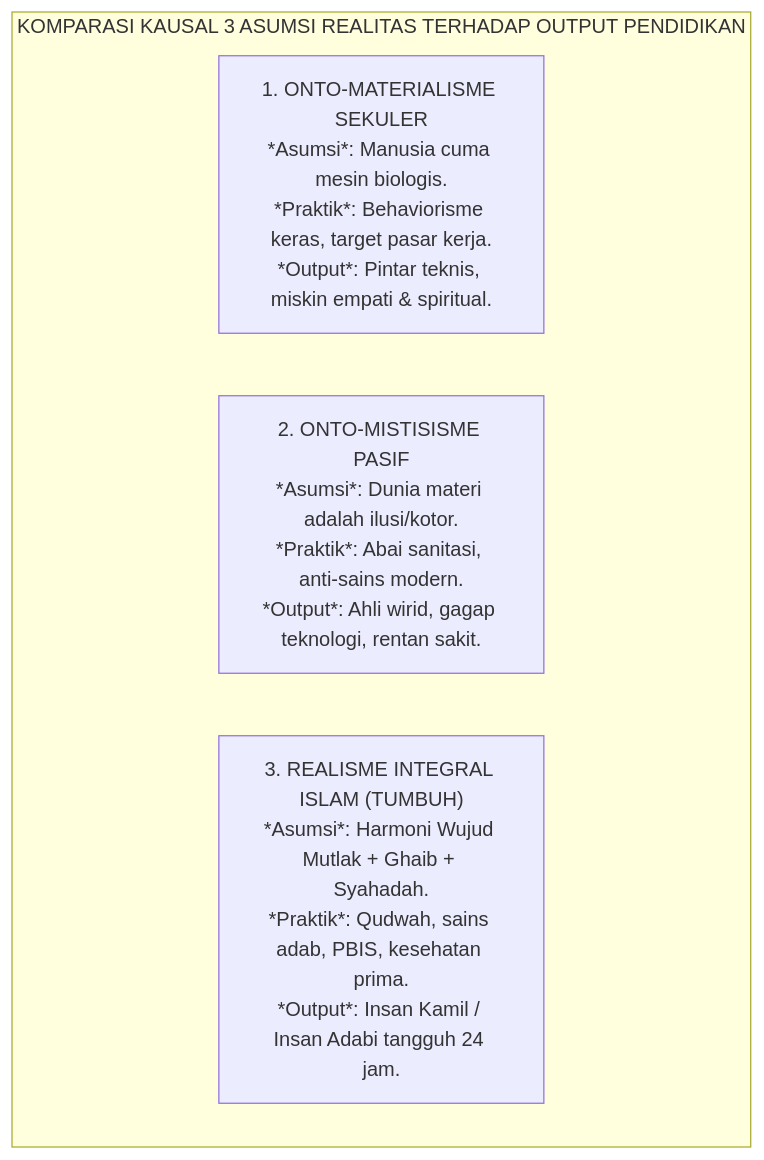
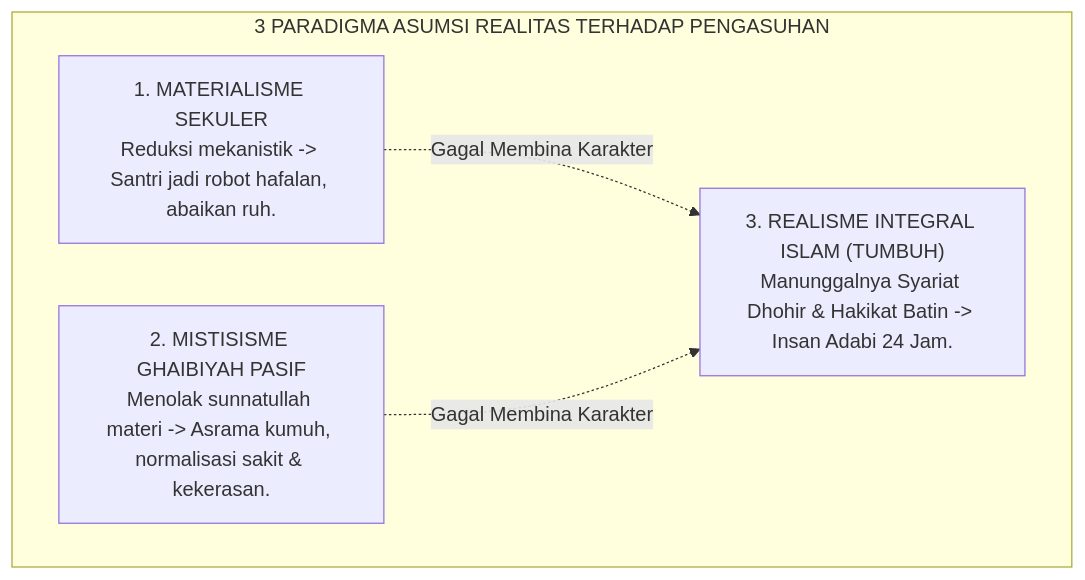
The third of 7 diagrams in 01 Philosophy/01 Worldview/P1-01-01-01-Kajian-Dialektika-Inkuiri-dan-Tanya-Jawab-Realitas.md (wandiapriliyandi/tumbuh), drawn with Mermaid before and after one commit. The commit also changed other lines of this file, not shown here.

````diff
--- a/01 Philosophy/01 Worldview/P1-01-01-01-Kajian-Dialektika-Inkuiri-dan-Tanya-Jawab-Realitas.md
+++ b/01 Philosophy/01 Worldview/P1-01-01-01-Kajian-Dialektika-Inkuiri-dan-Tanya-Jawab-Realitas.md
@@ -88,8 +97,10 @@
 ```mermaid
 graph TD
-    subgraph KomparasiParadigma["KOMPARASI KAUSAL 3 ASUMSI REALITAS TERHADAP OUTPUT PENDIDIKAN"]
-        P1["1. ONTO-MATERIALISME SEKULER<br/>*Asumsi*: Manusia cuma mesin biologis.<br/>*Praktik*: Behaviorisme keras, target pasar kerja.<br/>*Output*: Pintar teknis, miskin empati & spiritual."]
-        P2["2. ONTO-MISTISISME PASIF<br/>*Asumsi*: Dunia materi adalah ilusi/kotor.<br/>*Praktik*: Abai sanitasi, anti-sains modern.<br/>*Output*: Ahli wirid, gagap teknologi, rentan sakit."]
-        P3["3. REALISME INTEGRAL ISLAM (TUMBUH)<br/>*Asumsi*: Harmoni Wujud Mutlak + Ghaib + Syahadah.<br/>*Praktik*: Qudwah, sains adab, PBIS, kesehatan prima.<br/>*Output*: Insan Kamil / Insan Adabi tangguh 24 jam."]
+    subgraph Komparasi3Paradigma["3 PARADIGMA ASUMSI REALITAS TERHADAP PENGASUHAN"]
+        M["1. MATERIALISME SEKULER<br/>Reduksi mekanistik -> Santri jadi robot hafalan, abaikan ruh."]
+        S["2. MISTISISME GHAIBIYAH PASIF<br/>Menolak sunnatullah materi -> Asrama kumuh, normalisasi sakit & kekerasan."]
+        T["3. REALISME INTEGRAL ISLAM (TUMBUH)<br/>Manunggalnya Syariat Dhohir & Hakikat Batin -> Insan Adabi 24 Jam."]
+        
+        M & S -.->|Gagal Membina Karakter| T
     end
 ```
````
